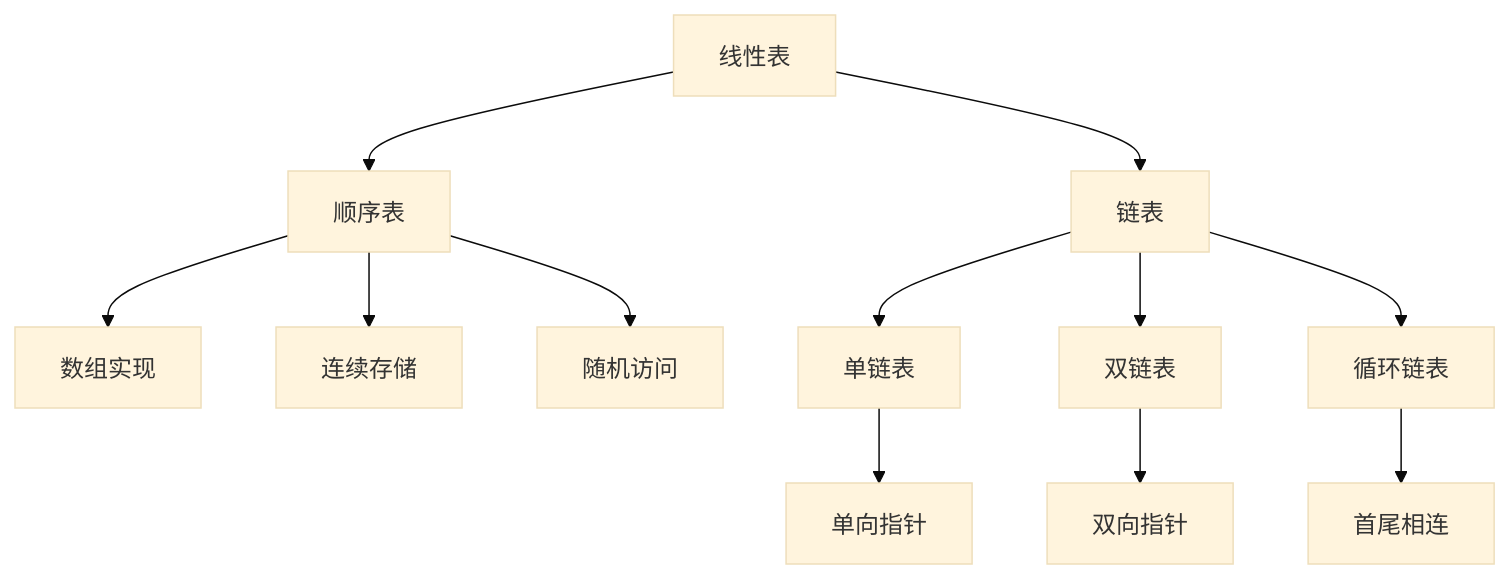
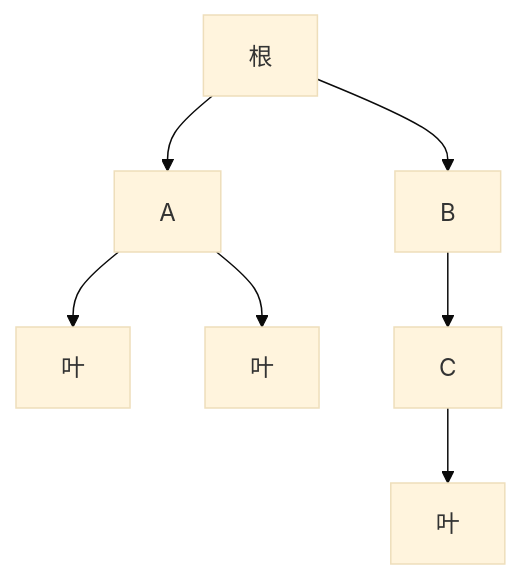
Before and after one commit to chongyang211/YCBookBlog: the fourth of 7 diagrams in 00.通用技术的提升/08.数据结构算法/02.数据结构设计思想.md, drawn with Mermaid (base theme). The commit also changed other lines of this file and 194 other files, not shown here.

````diff
--- a/00.通用技术的提升/08.数据结构算法/02.数据结构设计思想.md
+++ b/00.通用技术的提升/08.数据结构算法/02.数据结构设计思想.md
@@ -529,17 +153,9 @@
 ```mermaid
 graph TD
-    A[线性表] --> B[顺序表]
-    A --> C[链表]
-    
-    B --> B1[数组实现]
-    B --> B2[连续存储]
-    B --> B3[随机访问]
-    
-    C --> C1[单链表]
-    C --> C2[双链表]
-    C --> C3[循环链表]
-    
-    C1 --> C11[单向指针]
-    C2 --> C21[双向指针]
-    C3 --> C31[首尾相连]
+    R[根] --> A[A]
+    R --> B[B]
+    A --> A1[叶]
+    A --> A2[叶]
+    B --> B1[C]
+    B1 --> B11[叶]
 ```
````
